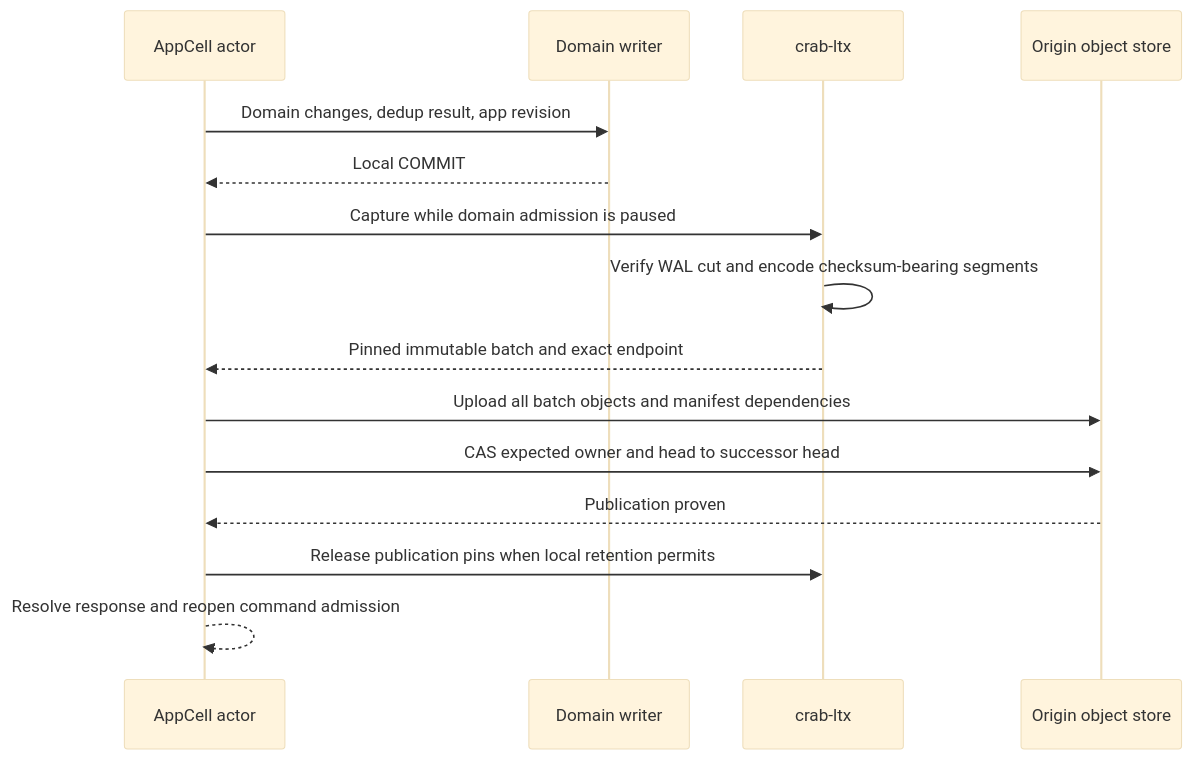
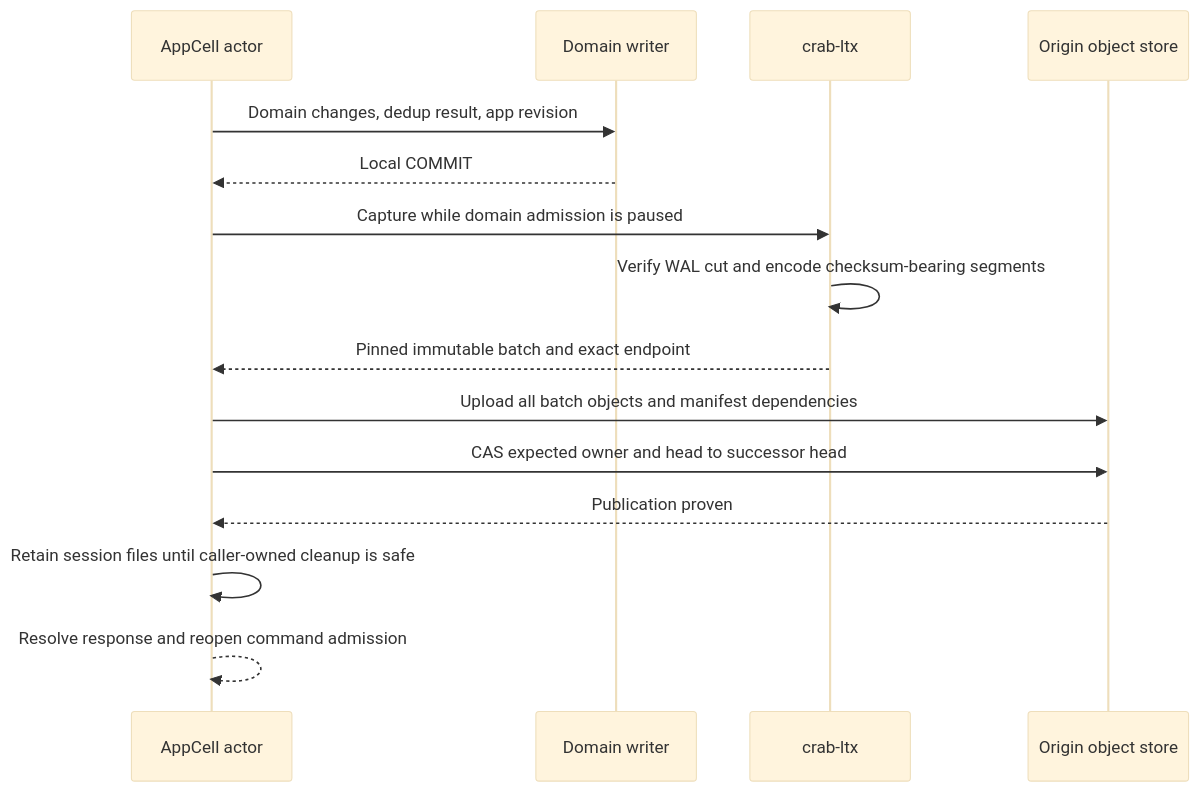
One commit to crabbuild/crab changed the second of 2 diagrams in crates/crab-http-server/next-architecture/crab-ltx.md. Above: the diagram before and after it, drawn with Mermaid (base theme). The commit also changed other lines of this file and 35 other files, not shown here.

````diff
--- a/crates/crab-http-server/next-architecture/crab-ltx.md
+++ b/crates/crab-http-server/next-architecture/crab-ltx.md
@@ -278,17 +317,17 @@
 ```mermaid
 sequenceDiagram
     participant A as AppCell actor
     participant SQL as Domain writer
     participant L as crab-ltx
     participant S as Origin object store
     A->>SQL: Domain changes, dedup result, app revision
     SQL-->>A: Local COMMIT
     A->>L: Capture while domain admission is paused
     L->>L: Verify WAL cut and encode checksum-bearing segments
     L-->>A: Pinned immutable batch and exact endpoint
     A->>S: Upload all batch objects and manifest dependencies
     A->>S: CAS expected owner and head to successor head
     S-->>A: Publication proven
-    A->>L: Release publication pins when local retention permits
+    A->>A: Retain session files until caller-owned cleanup is safe
     A-->>A: Resolve response and reopen command admission
 ```
````
